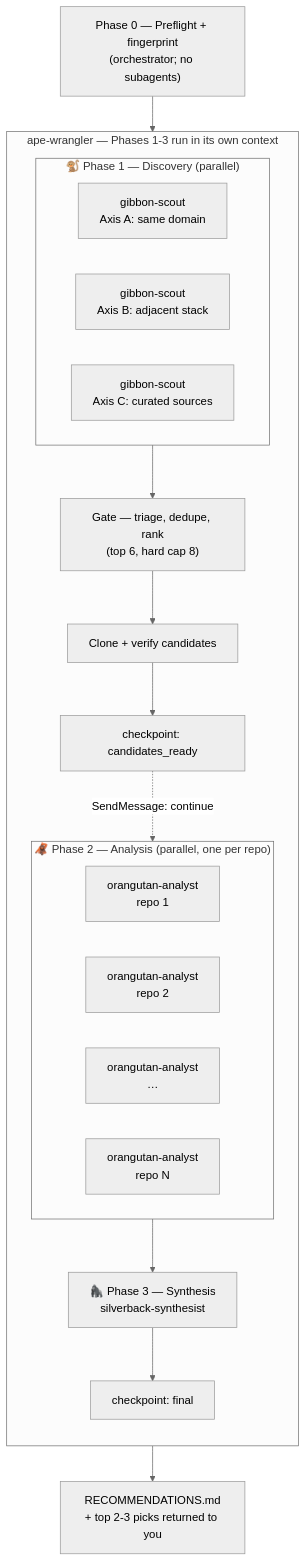
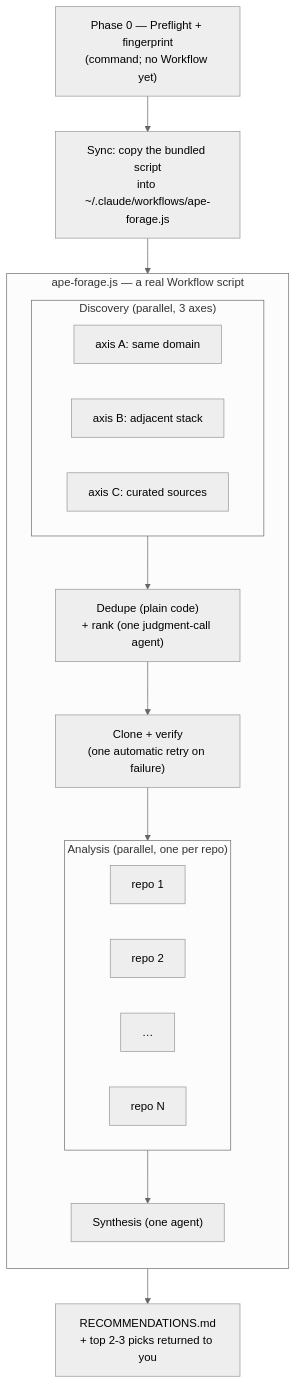
One commit to seankoji/claude-plugins changed the diagram in plugins/ape/README.md. Above: the diagram before and after it, drawn with Mermaid (neutral theme). The commit also changed other lines of this file and 10 other files, not shown here.

First line of the commit message:
refactor(ape): collapse orchestration into a real Workflow script (#59)

````diff
--- a/plugins/ape/README.md
+++ b/plugins/ape/README.md
@@ -7,33 +7,32 @@
 ```mermaid
 flowchart TD
-    A["Phase 0 — Preflight + fingerprint<br/>(orchestrator; no subagents)"] --> W
+    A["Phase 0 — Preflight + fingerprint<br/>(command; no Workflow yet)"] --> S["Sync: copy the bundled script<br/>into ~/.claude/workflows/ape-forage.js"]
+    S --> W
 
-    subgraph W["ape-wrangler — Phases 1-3 run in its own context"]
+    subgraph W["ape-forage.js — a real Workflow script"]
         direction TD
 
-        subgraph P1["🐒 Phase 1 — Discovery (parallel)"]
+        subgraph P1["Discovery (parallel, 3 axes)"]
             direction LR
-            B1["gibbon-scout<br/>Axis A: same domain"]
-            B2["gibbon-scout<br/>Axis B: adjacent stack"]
-            B3["gibbon-scout<br/>Axis C: curated sources"]
+            B1["axis A: same domain"]
+            B2["axis B: adjacent stack"]
+            B3["axis C: curated sources"]
         end
 
-        P1 --> C["Gate — triage, dedupe, rank<br/>(top 6, hard cap 8)"]
-        C --> D["Clone + verify candidates"]
-        D --> CK1["checkpoint: candidates_ready"]
+        P1 --> C["Dedupe (plain code)<br/>+ rank (one judgment-call agent)"]
+        C --> D["Clone + verify<br/>(one automatic retry on failure)"]
 
-        subgraph P2["🦧 Phase 2 — Analysis (parallel, one per repo)"]
+        subgraph P2["Analysis (parallel, one per repo)"]
             direction LR
-            E1["orangutan-analyst<br/>repo 1"]
-            E2["orangutan-analyst<br/>repo 2"]
-            E3["orangutan-analyst<br/>…"]
-            E4["orangutan-analyst<br/>repo N"]
+            E1["repo 1"]
+            E2["repo 2"]
+            E3["…"]
+            E4["repo N"]
         end
 
-        P2 --> F["🦍 Phase 3 — Synthesis<br/>silverback-synthesist"]
-        F --> CK2["checkpoint: final"]
+        D --> P2
+        P2 --> F["Synthesis (one agent)"]
     end
 
-    CK1 -. "SendMessage: continue" .-> P2
-    CK2 --> G["RECOMMENDATIONS.md<br/>+ top 2-3 picks returned to you"]
+    F --> G["RECOMMENDATIONS.md<br/>+ top 2-3 picks returned to you"]
 ```
````
